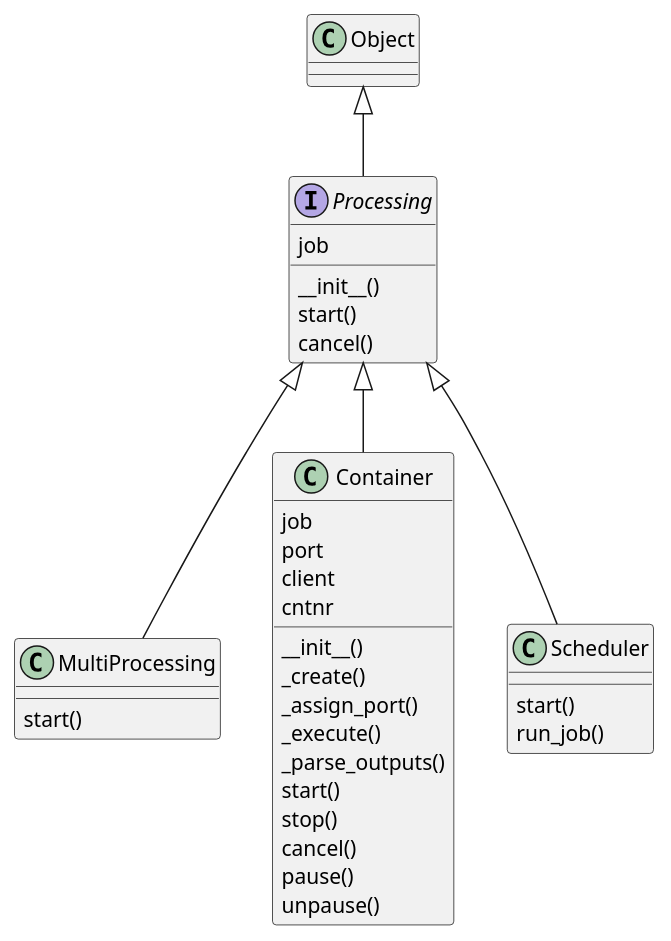
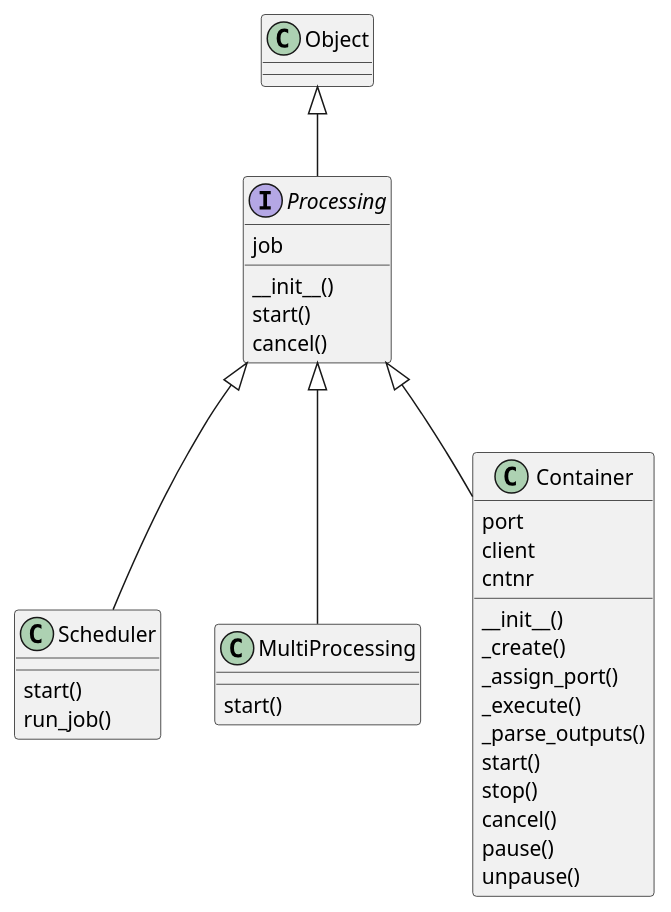
The diagram in diagrams/Processing.puml (ctu-geoforall-lab-projects/dp-laza-2018), drawn with PlantUML before and after one commit. The commit also changed 8 other files, not shown here.

Commit message:
Added diagrams until Process.execute section

```diff
--- a/diagrams/Processing.puml
+++ b/diagrams/Processing.puml
@@ -1,42 +1,52 @@
 @startuml
 
 class Object
+
+'class Job{
+'process
+'method
+'wps_request
+'wps_response
+'dump()
+'load()
+'run()
+'}
 
 interface Processing{
 job
 __init__()
 start()
 cancel()
 }
 
+class Scheduler{
+start()
+run_job()
+}
+
+
 class MultiProcessing{
 start()
 }
 
 class Container{
-job
 port
 client
 cntnr
 __init__()
 _create()
 _assign_port()
 _execute()
 _parse_outputs()
 start()
 stop()
 cancel()
 pause()
 unpause()
 }
 
-class Scheduler{
-start()
-run_job()
-}
-
 Object<|-- Processing
 Processing<|-- MultiProcessing
 Processing<|-- Container
 Processing<|-- Scheduler
 @enduml
```
